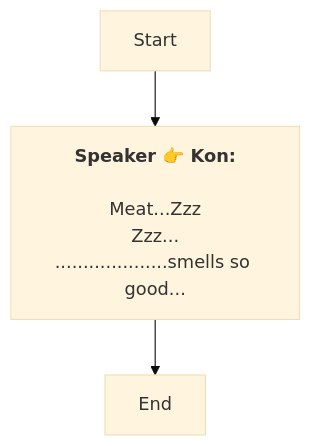
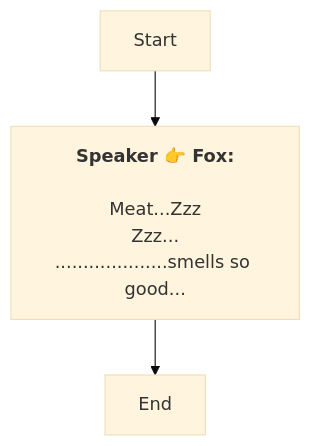
One commit to SoftHu/tos_avg changed the diagram in En/AddDialogNode_1738535928069235.md. Above: the diagram before and after it, drawn with Mermaid (base theme). The commit also changed 737 other files, not shown here.

````diff
--- a/En/AddDialogNode_1738535928069235.md
+++ b/En/AddDialogNode_1738535928069235.md
@@ -1,10 +1,9 @@
 ```mermaid
 graph
-Start -->1738535974722678[<b>Speaker 👉 Kon:</b>
-
-Meat...Zzz
+Start -->1738535974722678[<b>Speaker 👉 Fox:</b>
+\nMeat...Zzz
 Zzz...
 ....................smells so good...]
 1738535974722678 -->1738535977029751[End]
 
- ```
+```
````
